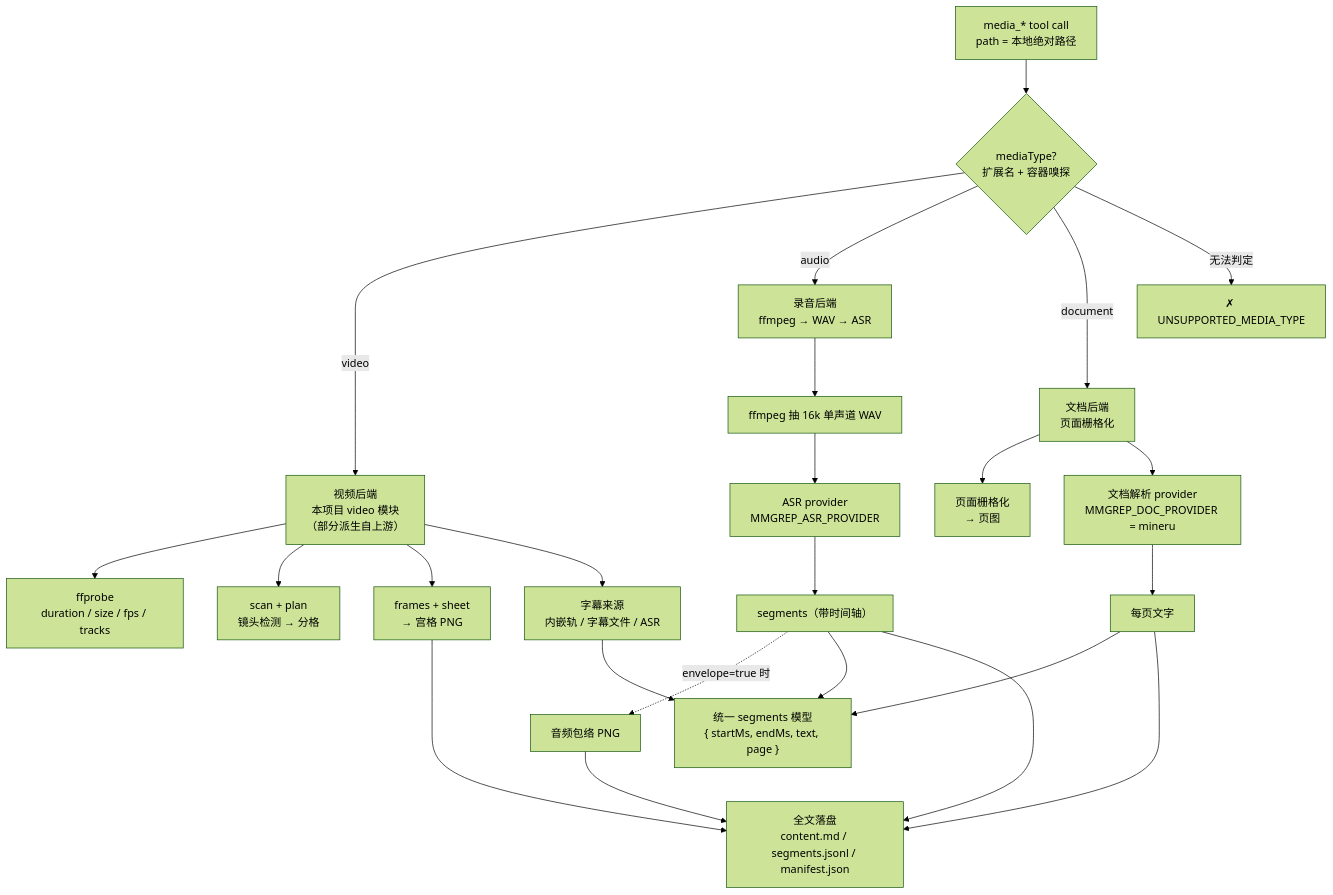
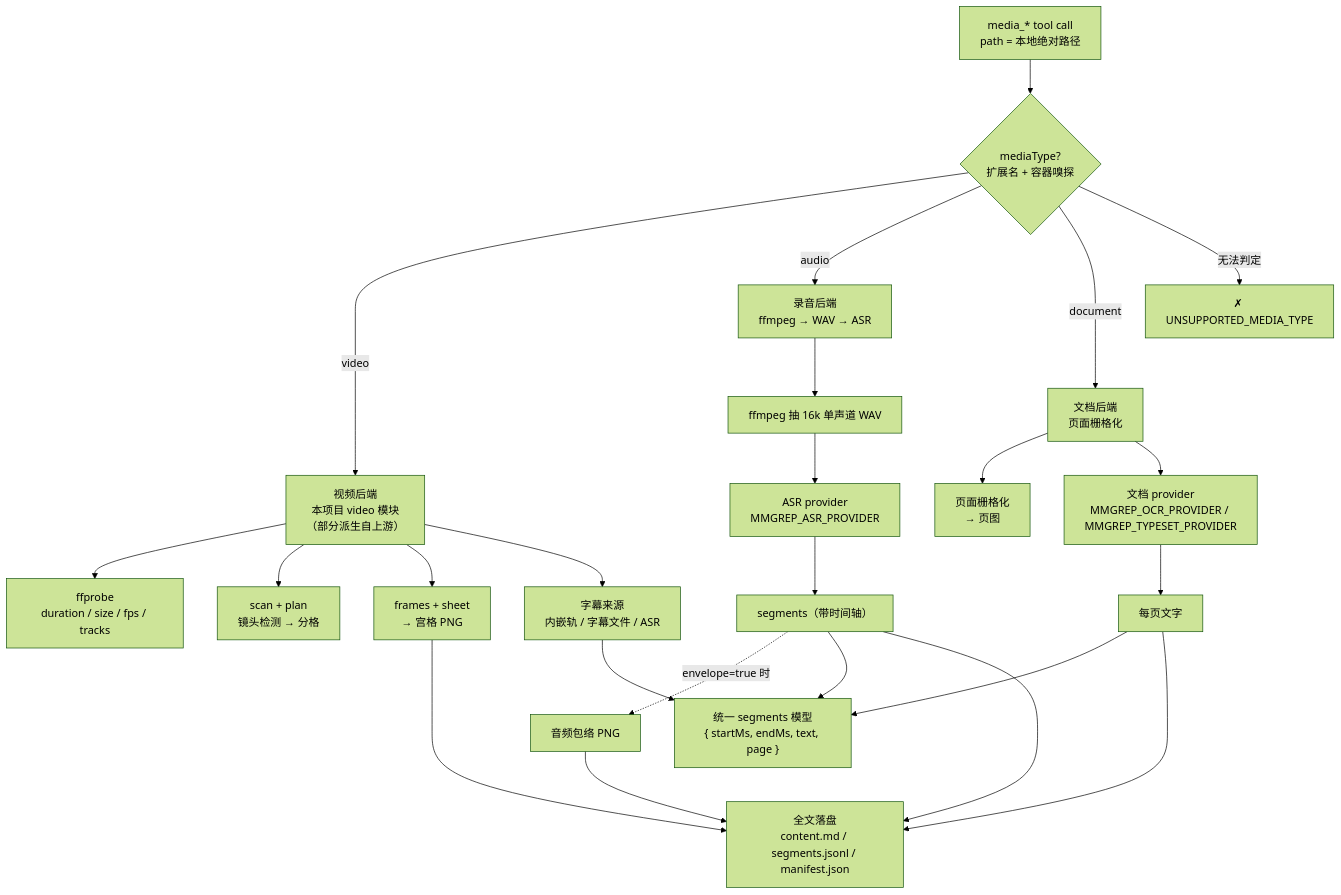
Before and after one commit to flmaximwang/MultiMediaGrep: the diagram in docs/mcp-contract.md, drawn with Mermaid (forest theme). The commit also changed other lines of this file and 4 other files, not shown here.

````diff
--- a/docs/mcp-contract.md
+++ b/docs/mcp-contract.md
@@ -60,31 +60,31 @@
 ```mermaid
 flowchart TD
   A["media_* tool call<br/>path = 本地绝对路径"] --> B{"mediaType?<br/>扩展名 + 容器嗅探"}
   B -->|video| V["视频后端<br/>本项目 video 模块<br/>（部分派生自上游）"]
   B -->|audio| AU["录音后端<br/>ffmpeg → WAV → ASR"]
   B -->|document| D["文档后端<br/>页面栅格化"]
   B -->|无法判定| E["✗ UNSUPPORTED_MEDIA_TYPE"]
 
   V --> V1["ffprobe<br/>duration / size / fps / tracks"]
   V --> V2["scan + plan<br/>镜头检测 → 分格"]
   V --> V3["frames + sheet<br/>→ 宫格 PNG"]
   V --> V4["字幕来源<br/>内嵌轨 / 字幕文件 / ASR"]
 
   AU --> AU1["ffmpeg 抽 16k 单声道 WAV"]
   AU1 --> AU2["ASR provider<br/>MMGREP_ASR_PROVIDER"]
   AU2 --> AU3["segments（带时间轴）"]
   AU3 -. "envelope=true 时" .-> AU4["音频包络 PNG"]
 
   D --> D1["页面栅格化<br/>→ 页图"]
-  D --> D2["文档解析 provider<br/>MMGREP_DOC_PROVIDER = mineru"]
+  D --> D2["文档 provider<br/>MMGREP_OCR_PROVIDER / MMGREP_TYPESET_PROVIDER"]
   D2 --> D3["每页文字"]
 
   V4 --> T["统一 segments 模型<br/>{ startMs, endMs, text, page }"]
   AU3 --> T
   D3 --> T
 
   V3 --> OUT["全文落盘<br/>content.md / segments.jsonl / manifest.json"]
   AU3 --> OUT
   D3 --> OUT
   AU4 --> OUT
 ```
````
